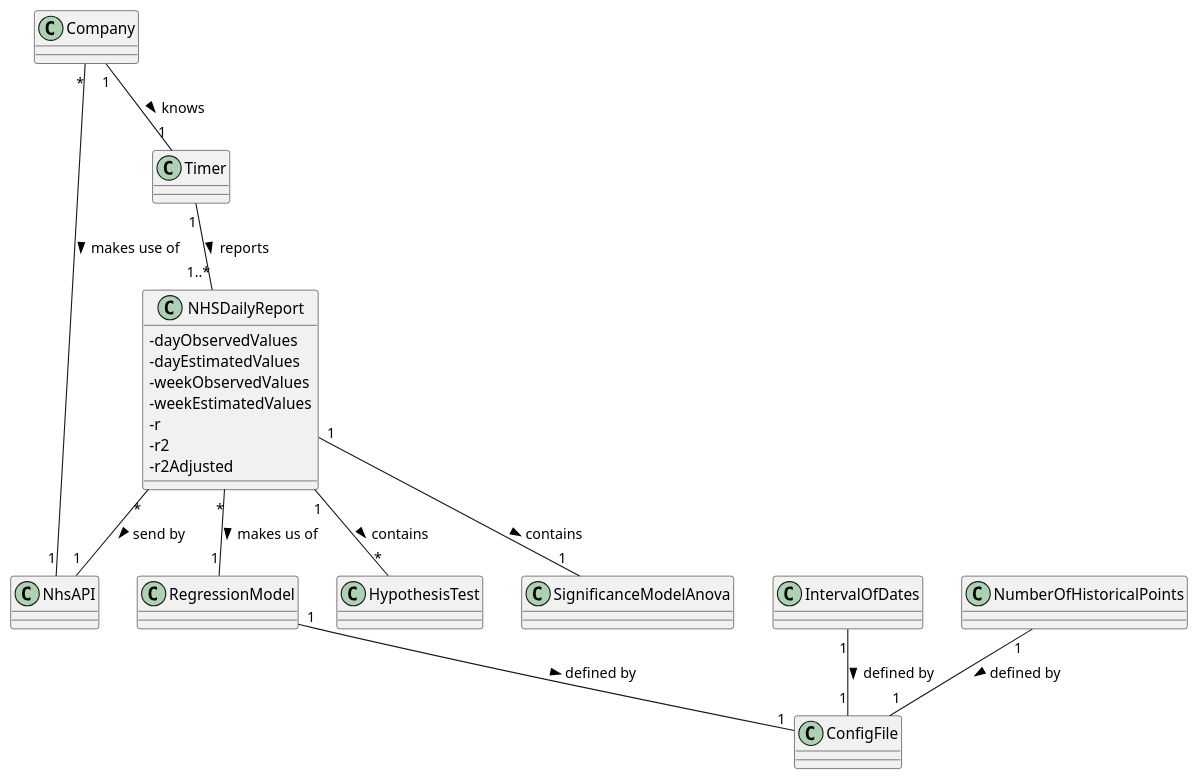
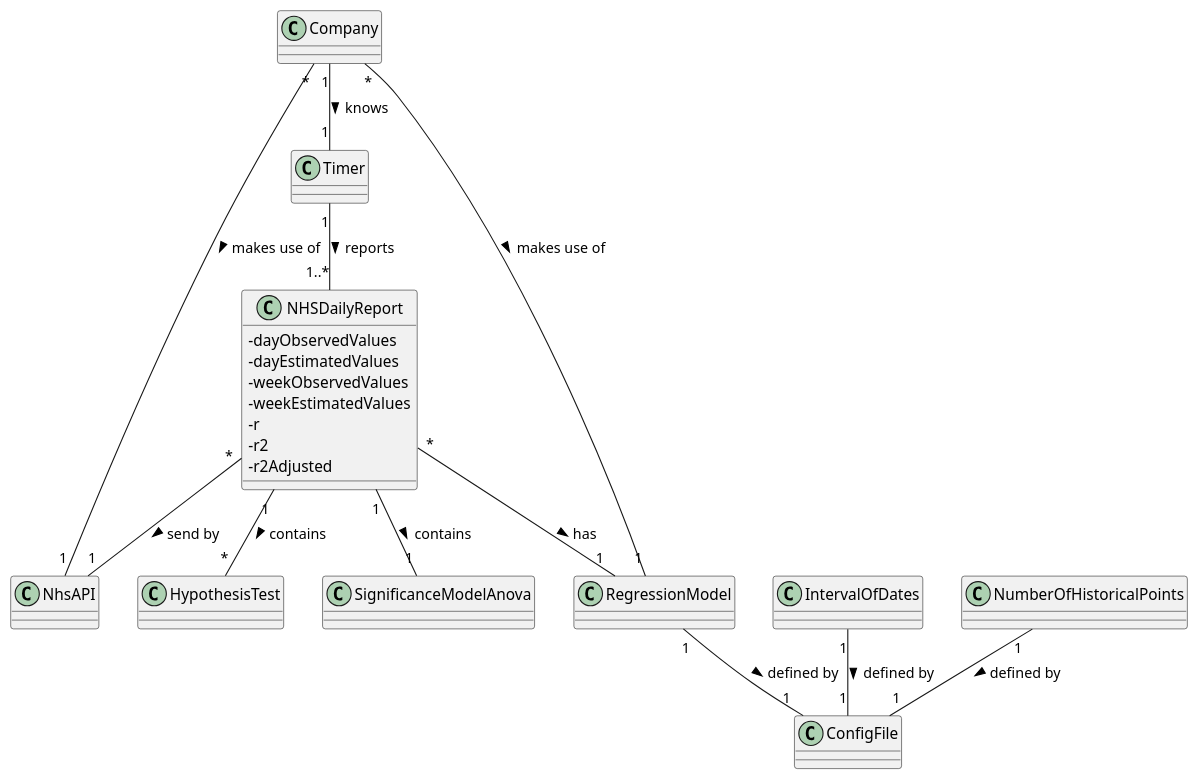
Before and after one commit to ana-albergaria/LAPR2-ISEP: the diagram in docs/SprintD/US_19/US19_DM.puml, drawn with PlantUML. The commit also changed 10 other files, not shown here.

```diff
--- a/docs/SprintD/US_19/US19_DM.puml
+++ b/docs/SprintD/US_19/US19_DM.puml
@@ -1,48 +1,49 @@
 @startuml
 
 skinparam classAttributeIconSize 0
 
 class Timer {}
 class NhsAPI{}
 class NHSDailyReport {
 - dayObservedValues
 - dayEstimatedValues
 - weekObservedValues
 - weekEstimatedValues
 - r
 - r2
 - r2Adjusted
 }
 
 class RegressionModel {}
 
 class ConfigFile {}
 
 'The interval of dates to fit the regression model
 class IntervalOfDates {}
 
 'Number of days and number of weeks
 class NumberOfHistoricalPoints {}
 
 'hypothesis tests for regression coefficients
 class HypothesisTest {}
 
 'significance model with Anova.
 class SignificanceModelAnova {}
 
 Timer "1" -- "1..*" NHSDailyReport : reports >
 Company "1" -- "1" Timer : knows >
 Company "*" - "1" NhsAPI : makes use of >
 NHSDailyReport "*" -- "1" NhsAPI : send by >
-NHSDailyReport "*" -- "1" RegressionModel : makes us of >
+NHSDailyReport "*" -- "1" RegressionModel : has >
 NHSDailyReport "1" -- "*" HypothesisTest : contains >
 NHSDailyReport "1" -- "1" SignificanceModelAnova : contains >
+Company "*" -- "1" RegressionModel : makes use of >
 
 'Apagar posteriormente
 RegressionModel "1" -- "1" ConfigFile : defined by >
 IntervalOfDates "1" -- "1" ConfigFile : defined by >
 NumberOfHistoricalPoints "1" -- "1" ConfigFile : defined by >
 
 
 
 @enduml
```
